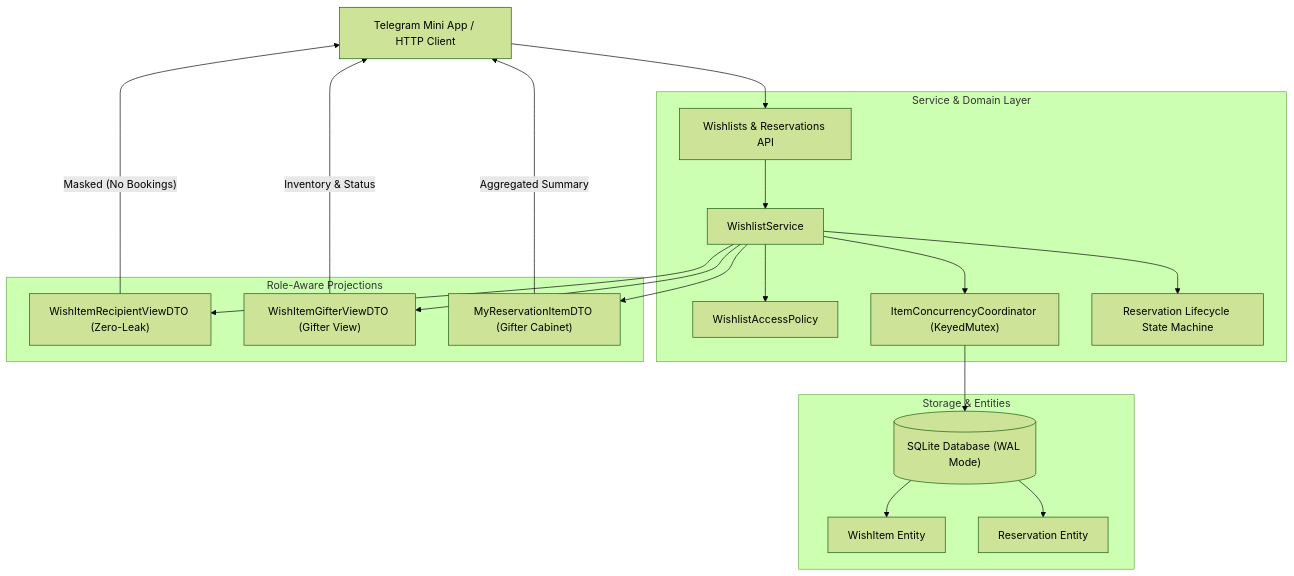
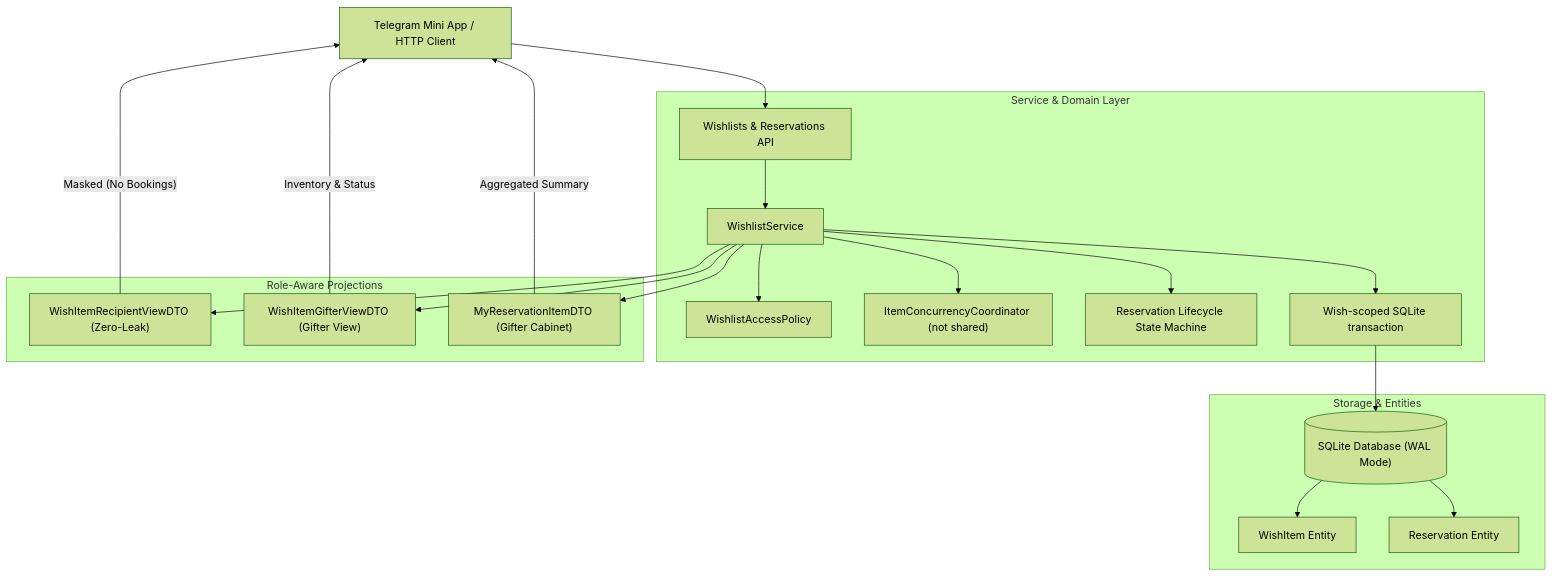
One commit to koctep/wishenka changed the first of 2 diagrams in doc/dev/reservations.md. Above: the diagram before and after it, drawn with Mermaid (forest theme). The commit also changed other lines of this file and 16 other files, not shown here.

````diff
--- a/doc/dev/reservations.md
+++ b/doc/dev/reservations.md
@@ -52,27 +57,28 @@
 ```mermaid
 flowchart TD
     Client["Telegram Mini App / HTTP Client"] --> Router["Wishlists & Reservations API"]
     
     subgraph ServiceLayer["Service & Domain Layer"]
         Router --> Service["WishlistService"]
         Service --> Policy["WishlistAccessPolicy"]
-        Service --> Coord["ItemConcurrencyCoordinator (KeyedMutex)"]
+        Service --> Coord["ItemConcurrencyCoordinator (not shared)"]
         Service --> SM["Reservation Lifecycle State Machine"]
+        Service --> Tx["Wish-scoped SQLite transaction"]
     end
 
     subgraph DataLayer["Storage & Entities"]
-        Coord --> Storage[("SQLite Database (WAL Mode)")]
+        Tx --> Storage[("SQLite Database (WAL Mode)")]
         Storage --> ItemEntity["WishItem Entity"]
         Storage --> ResEntity["Reservation Entity"]
     end
 
     subgraph ProjectionLayer["Role-Aware Projections"]
         Service --> RecipientProj["WishItemRecipientViewDTO (Zero-Leak)"]
         Service --> GifterProj["WishItemGifterViewDTO (Gifter View)"]
         Service --> CabinetProj["MyReservationItemDTO (Gifter Cabinet)"]
     end
 
     RecipientProj -->|"Masked (No Bookings)"| Client
     GifterProj -->|"Inventory & Status"| Client
     CabinetProj -->|"Aggregated Summary"| Client
 ```
````
